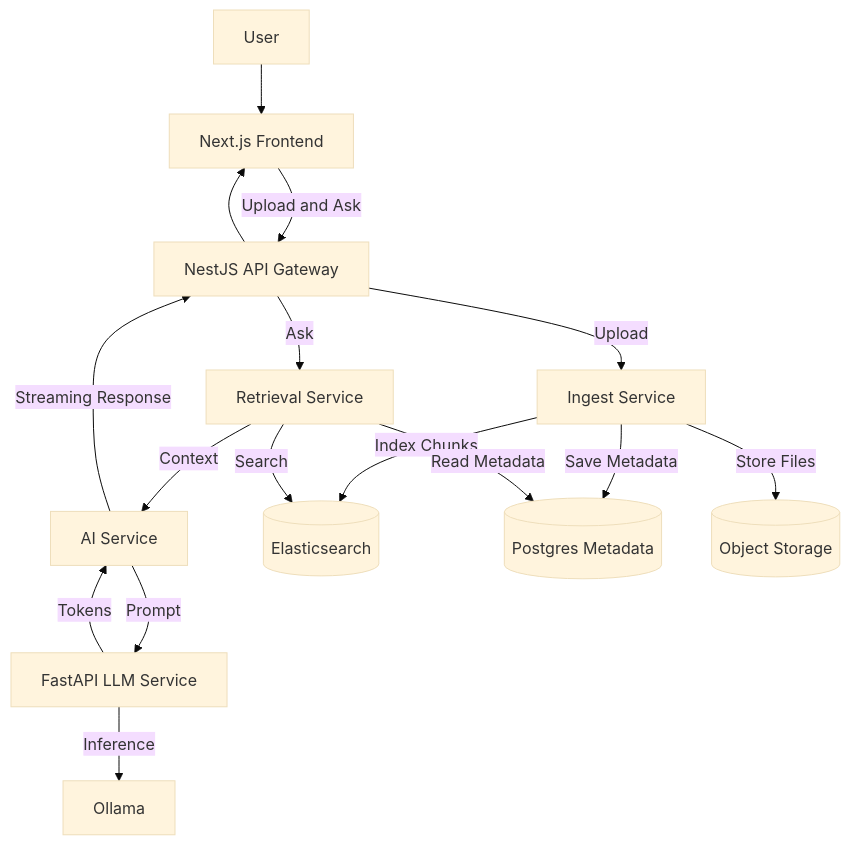
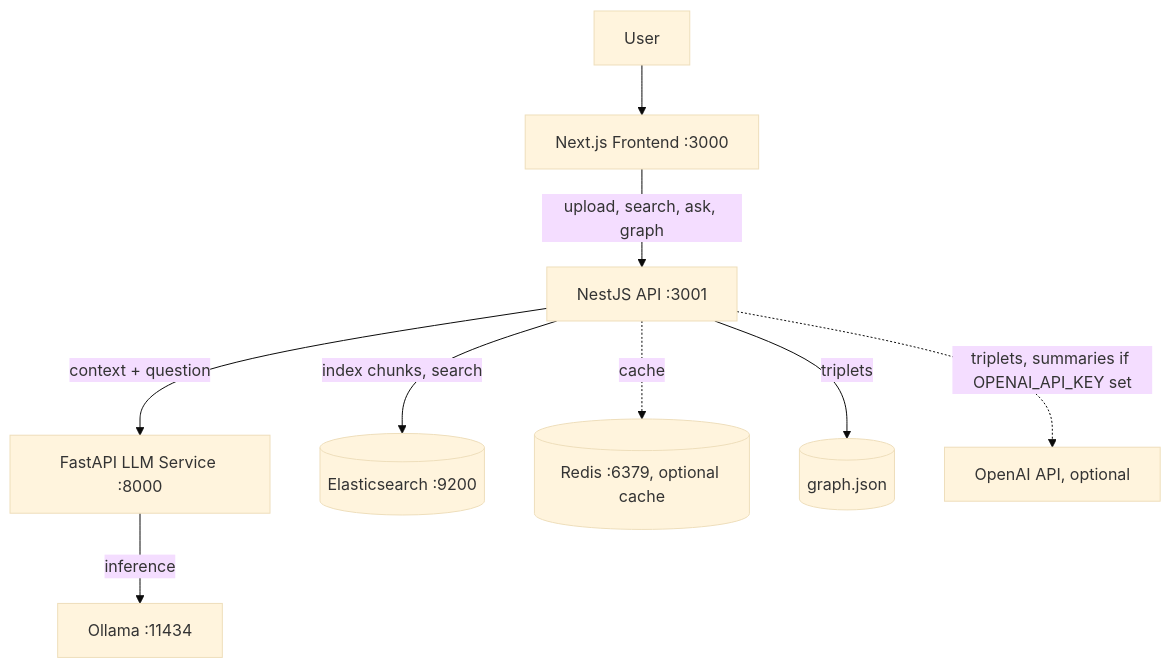
The diagram in README.md (Sodabeh-Taherpanah/insightgraph-platform), drawn with Mermaid (base theme) before and after one commit. The commit also changed other lines of this file, not shown here.

````diff
--- a/README.md
+++ b/README.md
@@ -34,31 +35,21 @@
 ```mermaid
 graph TB
   U[User]
-  UI[Next.js Frontend]
-  API[NestJS API Gateway]
-  ING[Ingest Service]
-  RET[Retrieval Service]
-  AIS[AI Service]
-  PY[FastAPI LLM Service]
-  ES[(Elasticsearch)]
-  META[(Postgres Metadata)]
-  RAW[(Object Storage)]
-  OLL[Ollama]
+  UI[Next.js Frontend :3000]
+  API[NestJS API :3001]
+  PY[FastAPI LLM Service :8000]
+  ES[(Elasticsearch :9200)]
+  RD[(Redis :6379, optional cache)]
+  G[(graph.json)]
+  OLL[Ollama :11434]
+  OAI[OpenAI API, optional]
 
   U --> UI
-  UI -->|Upload and Ask| API
-  API -->|Upload| ING
-  API -->|Ask| RET
-  RET -->|Context| AIS
-  AIS -->|Prompt| PY
-  PY -->|Tokens| AIS
-  AIS -->|Streaming Response| API
-  API --> UI
-
-  ING -->|Index Chunks| ES
-  ING -->|Save Metadata| META
-  ING -->|Store Files| RAW
-  RET -->|Search| ES
-  RET -->|Read Metadata| META
-  PY -->|Inference| OLL
+  UI -->|upload, search, ask, graph| API
+  API -->|index chunks, search| ES
+  API -.->|cache| RD
+  API -->|triplets| G
+  API -->|context + question| PY
+  PY -->|inference| OLL
+  API -.->|triplets, summaries if OPENAI_API_KEY set| OAI
 ```
````
